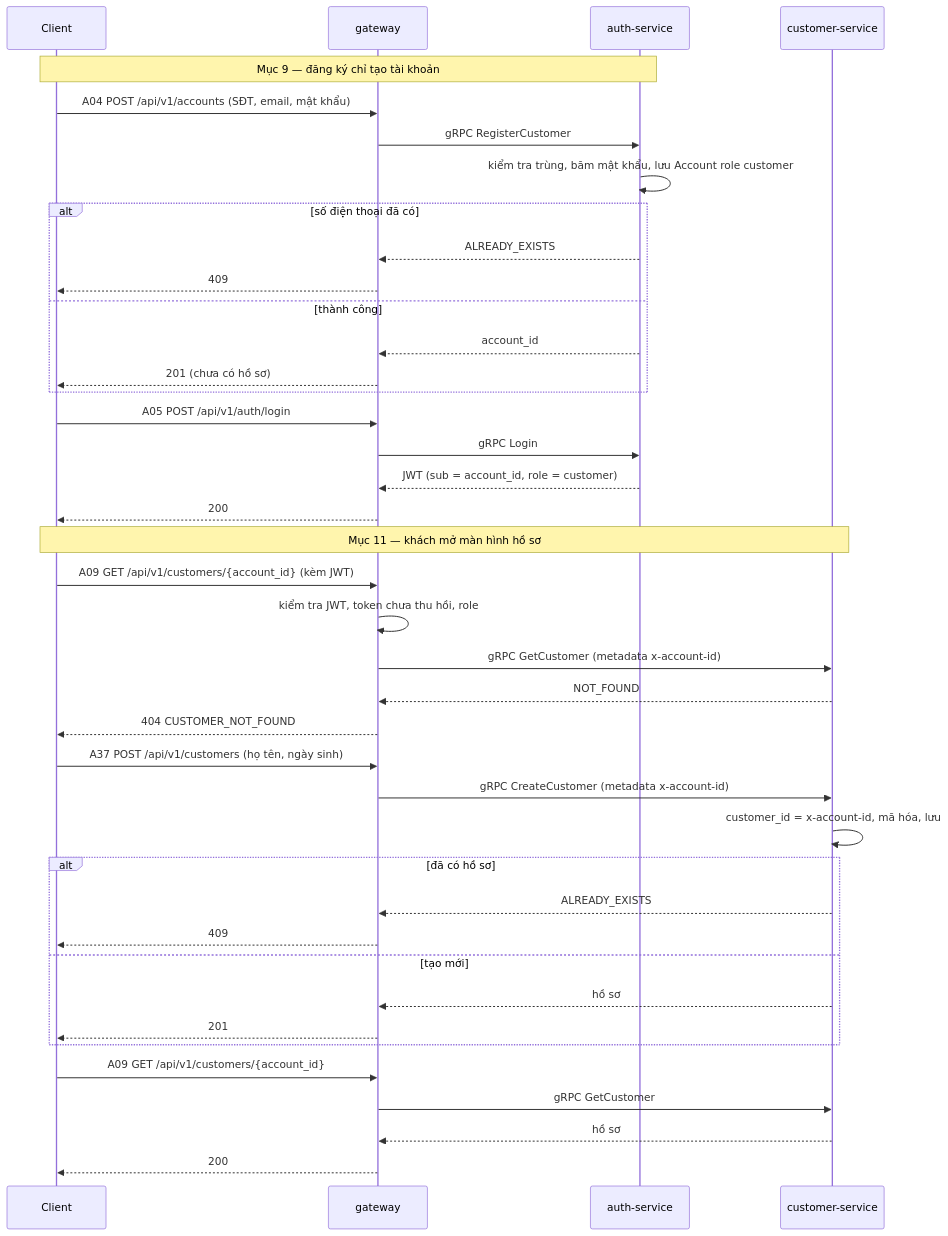
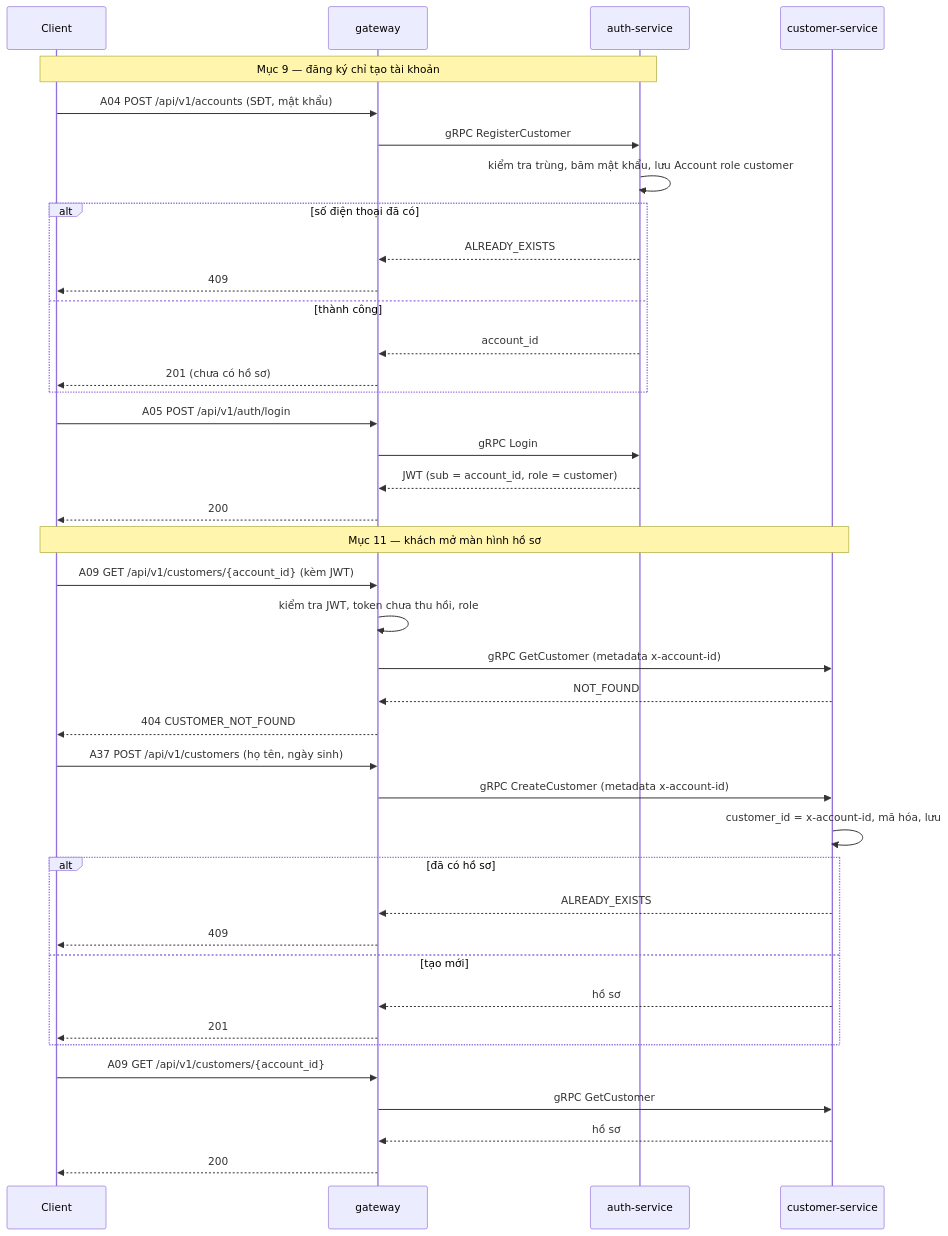
Before and after one commit to nghuuduc21/23699411_NguyenHuuDuc_CabSystem: the second of 7 diagrams in docs/design/02-kien-truc-giao-tiep.md, drawn with Mermaid. The commit also changed other lines of this file and 21 other files, not shown here.

````diff
--- a/docs/design/02-kien-truc-giao-tiep.md
+++ b/docs/design/02-kien-truc-giao-tiep.md
@@ -365,44 +401,44 @@
 ```mermaid
 sequenceDiagram
   participant C as Client
   participant GW as gateway
   participant A as auth-service
   participant CU as customer-service
 
   Note over C,A: Mục 9 — đăng ký chỉ tạo tài khoản
-  C->>GW: A04 POST /api/v1/accounts (SĐT, email, mật khẩu)
+  C->>GW: A04 POST /api/v1/accounts (SĐT, mật khẩu)
   GW->>A: gRPC RegisterCustomer
   A->>A: kiểm tra trùng, băm mật khẩu, lưu Account role customer
   alt số điện thoại đã có
     A-->>GW: ALREADY_EXISTS
     GW-->>C: 409
   else thành công
     A-->>GW: account_id
     GW-->>C: 201 (chưa có hồ sơ)
   end
   C->>GW: A05 POST /api/v1/auth/login
   GW->>A: gRPC Login
   A-->>GW: JWT (sub = account_id, role = customer)
   GW-->>C: 200
 
   Note over C,CU: Mục 11 — khách mở màn hình hồ sơ
   C->>GW: A09 GET /api/v1/customers/{account_id} (kèm JWT)
   GW->>GW: kiểm tra JWT, token chưa thu hồi, role
   GW->>CU: gRPC GetCustomer (metadata x-account-id)
   CU-->>GW: NOT_FOUND
   GW-->>C: 404 CUSTOMER_NOT_FOUND
   C->>GW: A37 POST /api/v1/customers (họ tên, ngày sinh)
   GW->>CU: gRPC CreateCustomer (metadata x-account-id)
   CU->>CU: customer_id = x-account-id, mã hóa, lưu
   alt đã có hồ sơ
     CU-->>GW: ALREADY_EXISTS
     GW-->>C: 409
   else tạo mới
     CU-->>GW: hồ sơ
     GW-->>C: 201
   end
   C->>GW: A09 GET /api/v1/customers/{account_id}
   GW->>CU: gRPC GetCustomer
   CU-->>GW: hồ sơ
   GW-->>C: 200
 ```
````
